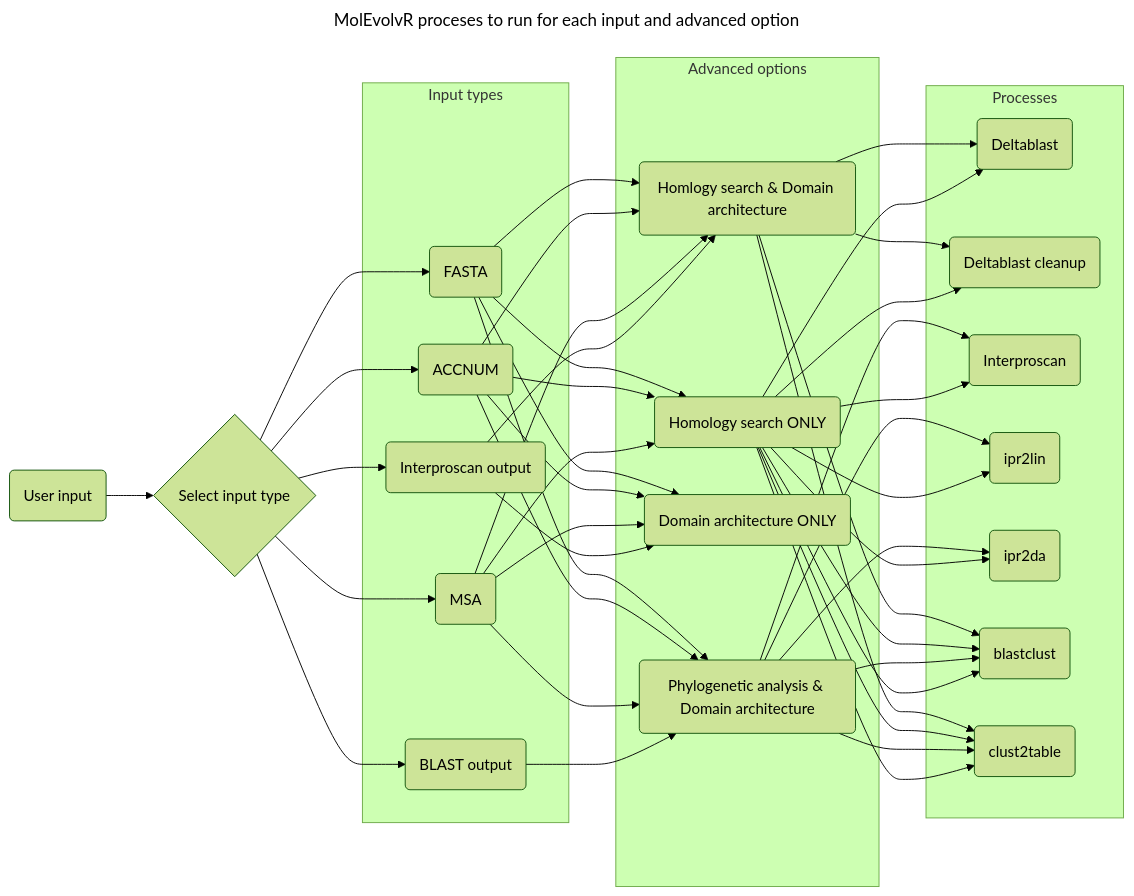
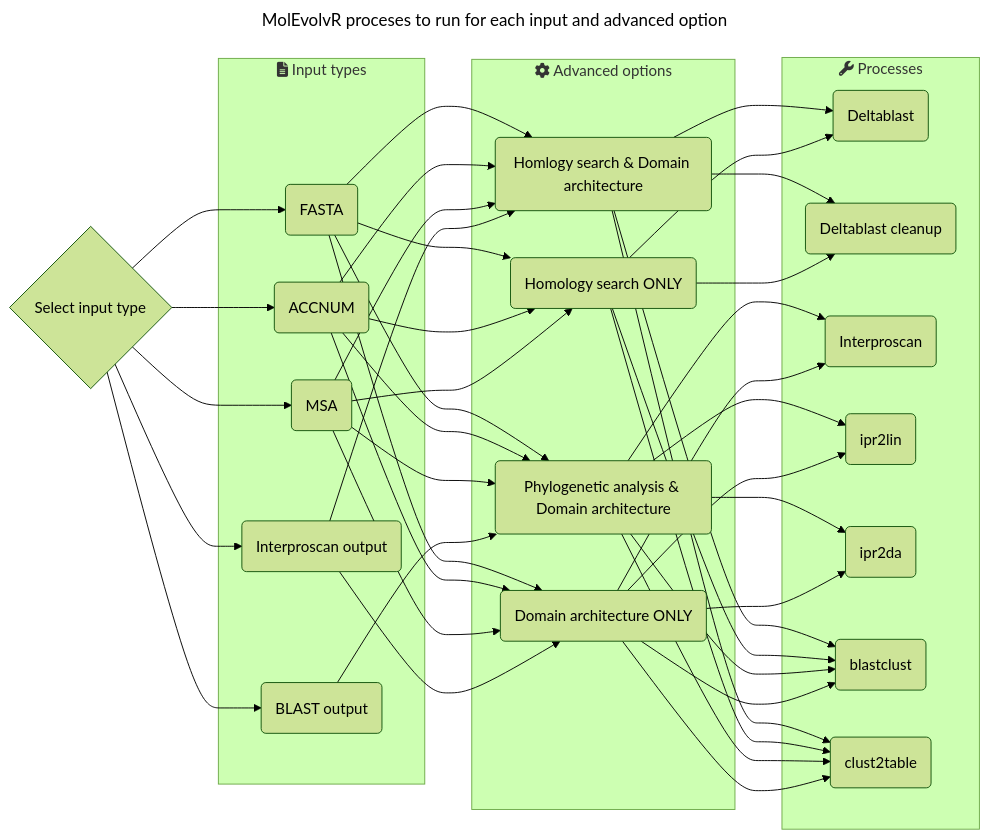
The diagram in docs/molevolvr_backend_workflow.md (JRaviLab/MolEvolvR), drawn with Mermaid (forest theme) before and after one commit.

Commit message:
mermaid: add fa icons

````diff
--- a/docs/molevolvr_backend_workflow.md
+++ b/docs/molevolvr_backend_workflow.md
@@ -11,83 +11,82 @@
 ---
 title: MolEvolvR proceses to run for each input and advanced option
 ---
+flowchart LR
 
-flowchart LR
-    %% Input types
-    USER_INPUT(User input)
-    USER_INPUT --> SELECT_INPUT
     SELECT_INPUT{Select input type}
-    subgraph Input types
+    subgraph "fa:fa-file-alt Input types"
         FASTA(FASTA)
         ACCNUM(ACCNUM)
         MSA(MSA)
         BLAST_OUTPUT(BLAST output)
         INTERPROSCAN_OUTPUT(Interproscan output)
     end
+
         SELECT_INPUT --> FASTA
         SELECT_INPUT --> ACCNUM
         SELECT_INPUT --> MSA
         SELECT_INPUT --> BLAST_OUTPUT
         SELECT_INPUT --> INTERPROSCAN_OUTPUT
-    %% Options for each input type
-        subgraph Advanced options
-            PHYLO_AND_DOMARCH(Phylogenetic analysis & Domain architecture)
-            HOMOLOGY_AND_DOMARCH(Homlogy search & Domain architecture)
-            DOMARCH(Domain architecture ONLY)
-            HOMOLOGY(Homology search ONLY)
-        end
-        %%Y{Advanced options}
-        %% FASTA
+    
+    subgraph "fa:fa-gear Advanced options"
+        PHYLO_AND_DOMARCH(Phylogenetic analysis & Domain architecture)
+        HOMOLOGY_AND_DOMARCH(Homlogy search & Domain architecture)
+        DOMARCH(Domain architecture ONLY)
+        HOMOLOGY(Homology search ONLY)
+    end
+
+        %% Input type to options
         FASTA --> PHYLO_AND_DOMARCH
         FASTA --> HOMOLOGY_AND_DOMARCH
         FASTA --> DOMARCH
         FASTA --> HOMOLOGY
-        %% ACCNUM
+
         ACCNUM --> PHYLO_AND_DOMARCH
         ACCNUM --> HOMOLOGY_AND_DOMARCH
         ACCNUM --> DOMARCH
         ACCNUM --> HOMOLOGY
-        %% MSA
+
         MSA --> PHYLO_AND_DOMARCH
         MSA --> HOMOLOGY_AND_DOMARCH
         MSA --> DOMARCH
         MSA --> HOMOLOGY
-        %% Blast output
+        
         BLAST_OUTPUT --> PHYLO_AND_DOMARCH
-        %% Interproscan output
+        
         INTERPROSCAN_OUTPUT --> HOMOLOGY_AND_DOMARCH
         INTERPROSCAN_OUTPUT --> DOMARCH
-        %% Processes
-        subgraph Processes
-            DELTABLAST(Deltablast)
-            DELTABLAST_CLEANUP(Deltablast cleanup)
-            INTERPROSCAN(Interproscan)
-            IPR2LIN(ipr2lin)
-            IPR2DA(ipr2da)
-            BLASTCLUST(blastclust)
-            CLUST2TABLE(clust2table)
-        end
-        %% Options' processes
-            %% Homology Search & Domain Architecture
-            HOMOLOGY_AND_DOMARCH --> DELTABLAST
-            HOMOLOGY_AND_DOMARCH --> DELTABLAST_CLEANUP
-            HOMOLOGY_AND_DOMARCH --> BLASTCLUST
-            HOMOLOGY_AND_DOMARCH --> CLUST2TABLE
-            %% Homology search only
-            HOMOLOGY --> DELTABLAST
-            HOMOLOGY --> DELTABLAST_CLEANUP
-            HOMOLOGY --> BLASTCLUST
-            HOMOLOGY --> CLUST2TABLE
-            %% Phylogenetic analysis & Domain Architecture
-            PHYLO_AND_DOMARCH --> INTERPROSCAN
-            PHYLO_AND_DOMARCH --> IPR2LIN
-            PHYLO_AND_DOMARCH --> IPR2DA
-            PHYLO_AND_DOMARCH --> BLASTCLUST
-            PHYLO_AND_DOMARCH --> CLUST2TABLE
-            %% Domain Architecture ONLY
-            HOMOLOGY --> INTERPROSCAN
-            HOMOLOGY --> IPR2LIN
-            HOMOLOGY --> IPR2DA
-            HOMOLOGY --> BLASTCLUST
-            HOMOLOGY --> CLUST2TABLE
+        
+    subgraph "fa:fa-wrench Processes"
+        DELTABLAST(Deltablast)
+        DELTABLAST_CLEANUP(Deltablast cleanup)
+        INTERPROSCAN(Interproscan)
+        IPR2LIN(ipr2lin)
+        IPR2DA(ipr2da)
+        BLASTCLUST(blastclust)
+        CLUST2TABLE(clust2table)
+    end
+
+        %% Options to processes
+        HOMOLOGY_AND_DOMARCH --> DELTABLAST
+        HOMOLOGY_AND_DOMARCH --> DELTABLAST_CLEANUP
+        HOMOLOGY_AND_DOMARCH --> BLASTCLUST
+        HOMOLOGY_AND_DOMARCH --> CLUST2TABLE
+
+        HOMOLOGY --> DELTABLAST
+        HOMOLOGY --> DELTABLAST_CLEANUP
+        HOMOLOGY --> BLASTCLUST
+        HOMOLOGY --> CLUST2TABLE
+
+        PHYLO_AND_DOMARCH --> INTERPROSCAN
+        PHYLO_AND_DOMARCH --> IPR2LIN
+        PHYLO_AND_DOMARCH --> IPR2DA
+        PHYLO_AND_DOMARCH --> BLASTCLUST
+        PHYLO_AND_DOMARCH --> CLUST2TABLE
+
+        DOMARCH --> INTERPROSCAN
+        DOMARCH --> IPR2LIN
+        DOMARCH --> IPR2DA
+        DOMARCH --> BLASTCLUST
+        DOMARCH --> CLUST2TABLE
+
 ```
````
